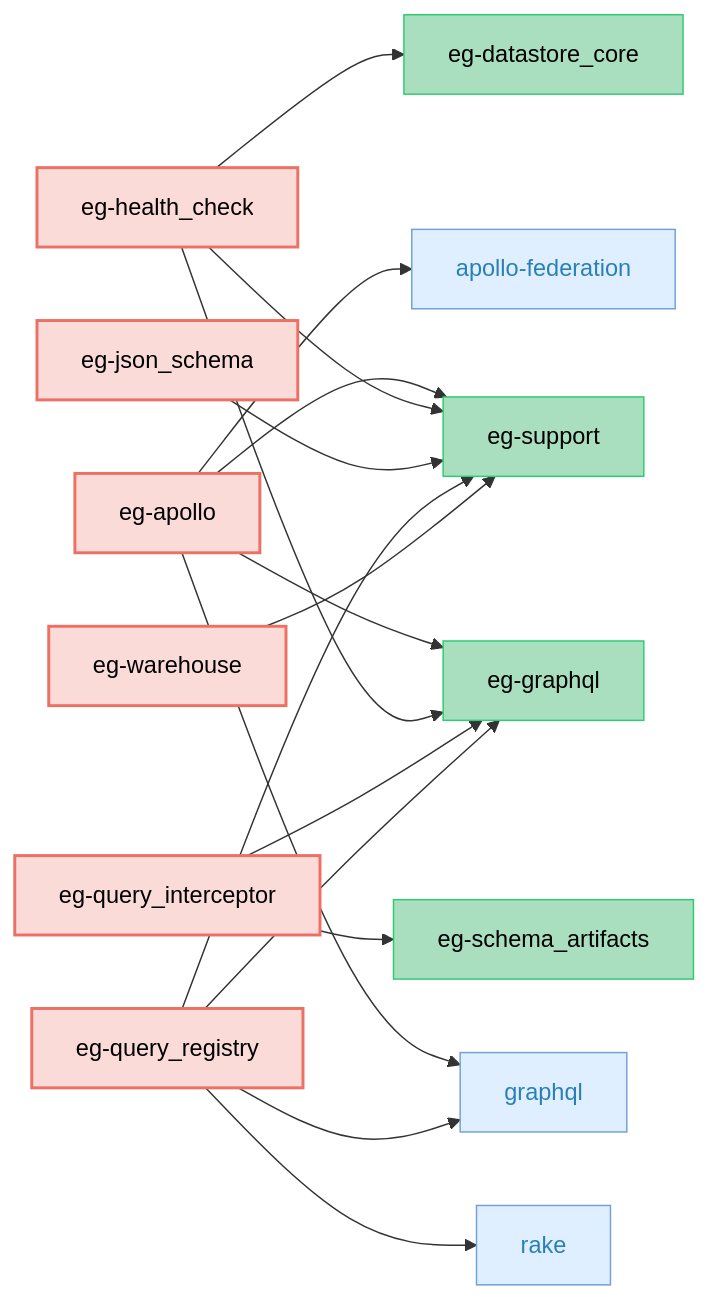
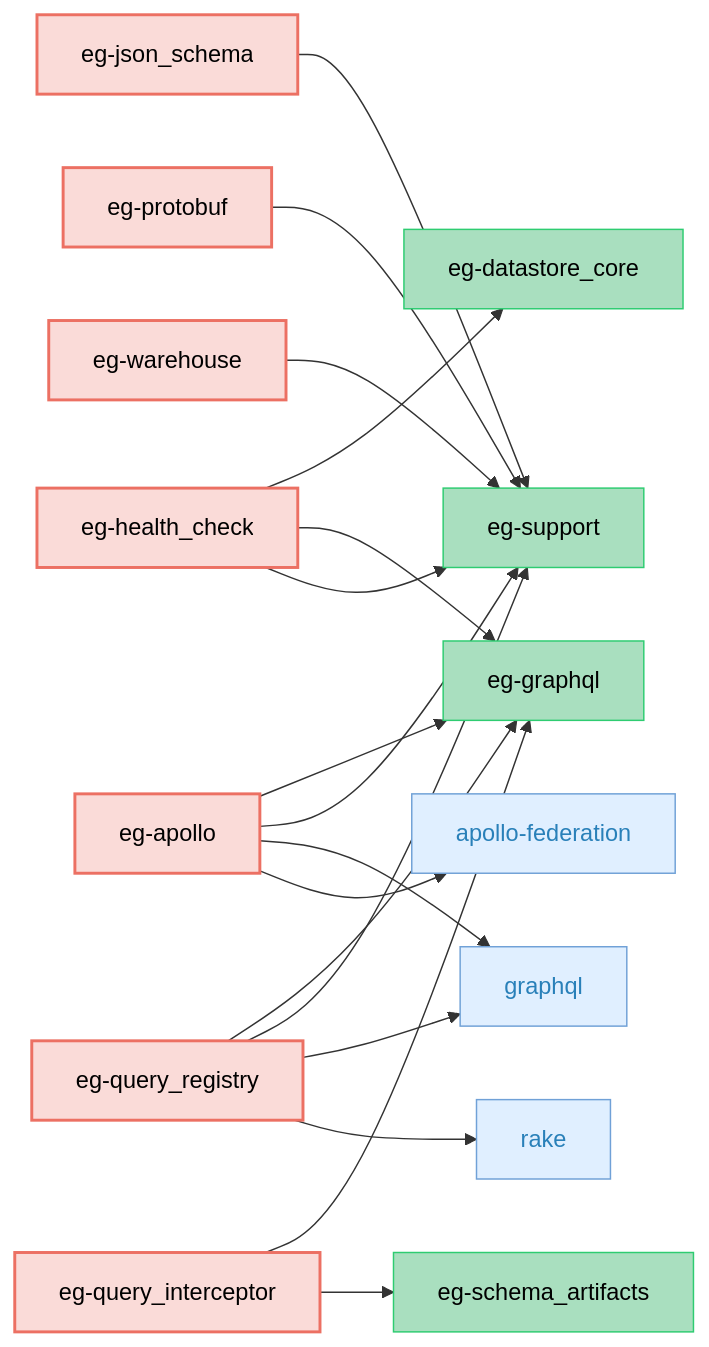
One commit to ashkan25/elasticgraph changed the fourth of 5 diagrams in CODEBASE_OVERVIEW.md. Above: the diagram before and after it, drawn with Mermaid. The commit also changed other lines of this file and 46 other files, not shown here.

Commit message:
Add elasticgraph-protobuf schema artifacts

````diff
--- a/CODEBASE_OVERVIEW.md
+++ b/CODEBASE_OVERVIEW.md
@@ -211,50 +212,53 @@
 ```mermaid
 graph LR;
     classDef targetGemStyle fill:#FADBD8,stroke:#EC7063,color:#000,stroke-width:2px;
     classDef otherEgGemStyle fill:#A9DFBF,stroke:#2ECC71,color:#000;
     classDef externalGemCatStyle fill:#E0EFFF,stroke:#70A1D7,color:#2980B9;
     elasticgraph-apollo["eg-apollo"];
     elasticgraph-graphql["eg-graphql"];
     elasticgraph-support["eg-support"];
     graphql["graphql"];
     apollo-federation["apollo-federation"];
     elasticgraph-health_check["eg-health_check"];
     elasticgraph-datastore_core["eg-datastore_core"];
     elasticgraph-json_schema["eg-json_schema"];
+    elasticgraph-protobuf["eg-protobuf"];
     elasticgraph-query_interceptor["eg-query_interceptor"];
     elasticgraph-schema_artifacts["eg-schema_artifacts"];
     elasticgraph-query_registry["eg-query_registry"];
     rake["rake"];
     elasticgraph-warehouse["eg-warehouse"];
     elasticgraph-apollo --> elasticgraph-graphql;
     elasticgraph-apollo --> elasticgraph-support;
     elasticgraph-apollo --> graphql;
     elasticgraph-apollo --> apollo-federation;
     elasticgraph-health_check --> elasticgraph-datastore_core;
     elasticgraph-health_check --> elasticgraph-graphql;
     elasticgraph-health_check --> elasticgraph-support;
     elasticgraph-json_schema --> elasticgraph-support;
+    elasticgraph-protobuf --> elasticgraph-support;
     elasticgraph-query_interceptor --> elasticgraph-graphql;
     elasticgraph-query_interceptor --> elasticgraph-schema_artifacts;
     elasticgraph-query_registry --> elasticgraph-graphql;
     elasticgraph-query_registry --> elasticgraph-support;
     elasticgraph-query_registry --> graphql;
     elasticgraph-query_registry --> rake;
     elasticgraph-warehouse --> elasticgraph-support;
     class elasticgraph-apollo targetGemStyle;
     class elasticgraph-graphql otherEgGemStyle;
     class elasticgraph-support otherEgGemStyle;
     class graphql externalGemCatStyle;
     class apollo-federation externalGemCatStyle;
     class elasticgraph-health_check targetGemStyle;
     class elasticgraph-datastore_core otherEgGemStyle;
     class elasticgraph-json_schema targetGemStyle;
+    class elasticgraph-protobuf targetGemStyle;
     class elasticgraph-query_interceptor targetGemStyle;
     class elasticgraph-schema_artifacts otherEgGemStyle;
     class elasticgraph-query_registry targetGemStyle;
     class rake externalGemCatStyle;
     class elasticgraph-warehouse targetGemStyle;
     click graphql href "https://rubygems.org/gems/graphql" "Open on RubyGems.org" _blank;
     click apollo-federation href "https://rubygems.org/gems/apollo-federation" "Open on RubyGems.org" _blank;
     click rake href "https://rubygems.org/gems/rake" "Open on RubyGems.org" _blank;
 ```
````
